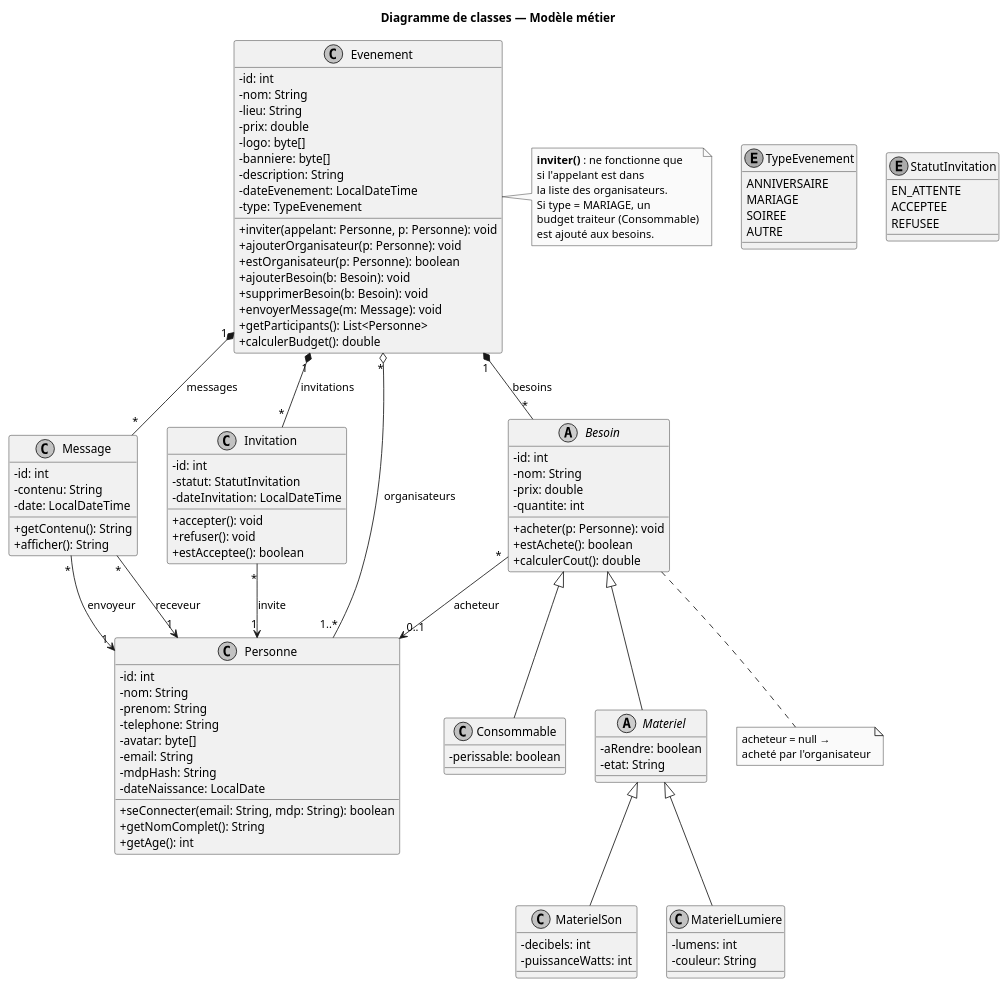
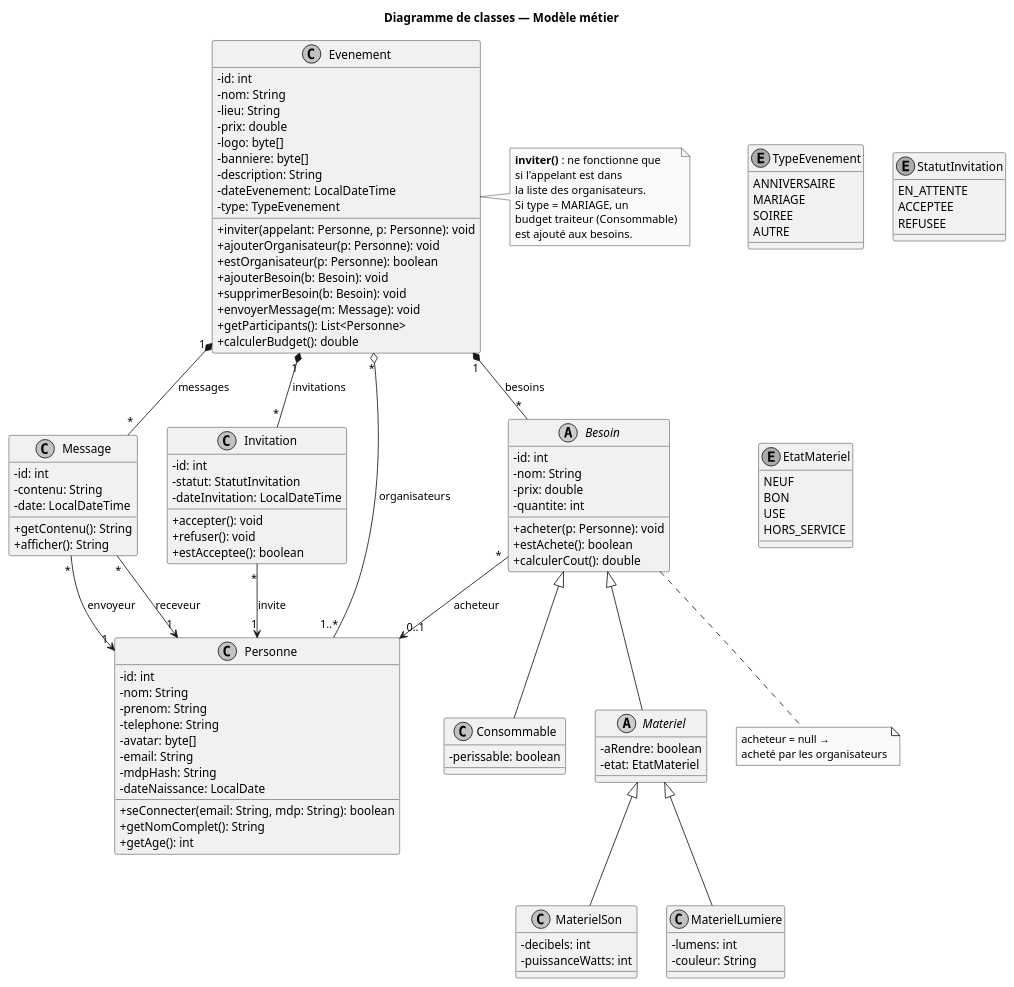
Before and after one commit to Tactiis239/gestion-event: the diagram in doc/uml/classes.puml, drawn with PlantUML. The commit also changed 8 other files, not shown here.

First line of the commit message:
Docs : enum EtatMateriel, planning du module, relecture de cohérence

```diff
--- a/doc/uml/classes.puml
+++ b/doc/uml/classes.puml
@@ -1,129 +1,136 @@
 @startuml classes
 skinparam shadowing false
 skinparam monochrome true
 skinparam defaultFontName Helvetica
 skinparam classAttributeIconSize 0
 
 title Diagramme de classes — Modèle métier
 
 class Evenement {
   -id: int
   -nom: String
   -lieu: String
   -prix: double
   -logo: byte[]
   -banniere: byte[]
   -description: String
   -dateEvenement: LocalDateTime
   -type: TypeEvenement
   +inviter(appelant: Personne, p: Personne): void
   +ajouterOrganisateur(p: Personne): void
   +estOrganisateur(p: Personne): boolean
   +ajouterBesoin(b: Besoin): void
   +supprimerBesoin(b: Besoin): void
   +envoyerMessage(m: Message): void
   +getParticipants(): List<Personne>
   +calculerBudget(): double
 }
 
 enum TypeEvenement {
   ANNIVERSAIRE
   MARIAGE
   SOIREE
   AUTRE
 }
 
 class Message {
   -id: int
   -contenu: String
   -date: LocalDateTime
   +getContenu(): String
   +afficher(): String
 }
 
 class Invitation {
   -id: int
   -statut: StatutInvitation
   -dateInvitation: LocalDateTime
   +accepter(): void
   +refuser(): void
   +estAcceptee(): boolean
 }
 
 enum StatutInvitation {
   EN_ATTENTE
   ACCEPTEE
   REFUSEE
 }
 
+enum EtatMateriel {
+  NEUF
+  BON
+  USE
+  HORS_SERVICE
+}
+
 abstract class Besoin {
   -id: int
   -nom: String
   -prix: double
   -quantite: int
   +acheter(p: Personne): void
   +estAchete(): boolean
   +calculerCout(): double
 }
 
 class Consommable {
   -perissable: boolean
 }
 
 abstract class Materiel {
   -aRendre: boolean
-  -etat: String
+  -etat: EtatMateriel
 }
 
 class MaterielSon {
   -decibels: int
   -puissanceWatts: int
 }
 
 class MaterielLumiere {
   -lumens: int
   -couleur: String
 }
 
 class Personne {
   -id: int
   -nom: String
   -prenom: String
   -telephone: String
   -avatar: byte[]
   -email: String
   -mdpHash: String
   -dateNaissance: LocalDate
   +seConnecter(email: String, mdp: String): boolean
   +getNomComplet(): String
   +getAge(): int
 }
 
 Evenement "*" o-- "1..*" Personne : organisateurs
 Evenement "1" *-- "*" Invitation : invitations
 Evenement "1" *-- "*" Besoin : besoins
 Evenement "1" *-- "*" Message : messages
 
 Message "*" --> "1" Personne : envoyeur
 Message "*" --> "1" Personne : receveur
 Invitation "*" --> "1" Personne : invite
 Besoin "*" --> "0..1" Personne : acheteur
 
 Besoin <|-- Consommable
 Besoin <|-- Materiel
 Materiel <|-- MaterielSon
 Materiel <|-- MaterielLumiere
 
 note right of Evenement
   **inviter()** : ne fonctionne que
   si l'appelant est dans
   la liste des organisateurs.
   Si type = MARIAGE, un
   budget traiteur (Consommable)
   est ajouté aux besoins.
 end note
 
-note "acheteur = null →\nacheté par l'organisateur" as N2
+note "acheteur = null →\nacheté par les organisateurs" as N2
 Besoin .. N2
 
 @enduml
```
